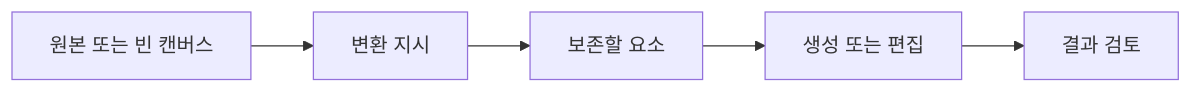
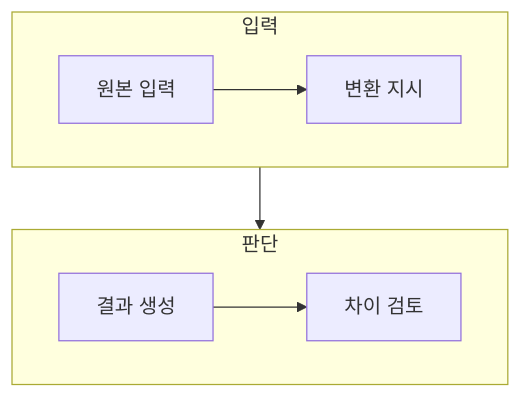
One commit to umyunsang/edu changed the diagram in ComputerScience/03_ai-ml-data/large-language-models/notes/OpenAI API 84. 텍스트 편집과 이미지 생성.md. Above: the diagram before and after it, drawn with Mermaid. The commit also changed other lines of this file and 7 other files, not shown here.

````diff
--- a/ComputerScience/03_ai-ml-data/large-language-models/notes/OpenAI API 84. 텍스트 편집과 이미지 생성.md
+++ b/ComputerScience/03_ai-ml-data/large-language-models/notes/OpenAI API 84. 텍스트 편집과 이미지 생성.md
@@ -21,7 +24,12 @@
 ```mermaid
-flowchart LR
-  A["원본 또는 빈 캔버스"] --> B["변환 지시"]
-  B --> C["보존할 요소"]
-  C --> D["생성 또는 편집"]
-  D --> E["결과 검토"]
+flowchart TB
+    subgraph Input[입력]
+        direction LR
+        A[원본 입력] --> B[변환 지시]
+    end
+    subgraph Decision[판단]
+        direction LR
+        C[결과 생성] --> D[차이 검토]
+    end
+    B --> C
 ```
````
